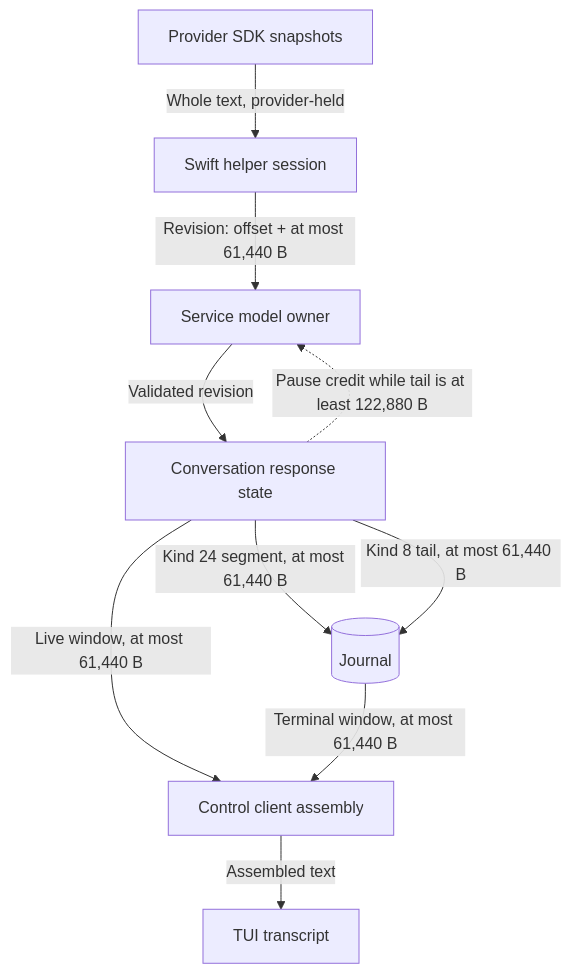
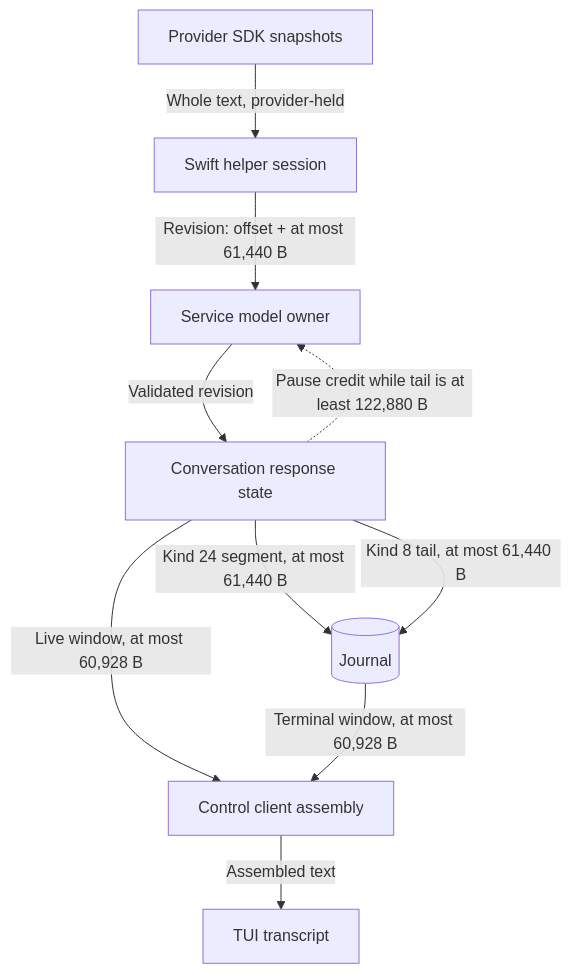
The first of 3 diagrams in docs/designs/response-text-transfer.md (pidster/asura), drawn with Mermaid before and after one commit. The commit also changed other lines of this file and 14 other files, not shown here.

````diff
--- a/docs/designs/response-text-transfer.md
+++ b/docs/designs/response-text-transfer.md
@@ -69,12 +70,12 @@
 ```mermaid
 flowchart TB
     SDK["Provider SDK snapshots"] -->|Whole text, provider-held| Helper["Swift helper session"]
     Helper -->|"Revision: offset + at most 61,440 B"| Model["Service model owner"]
     Model -->|Validated revision| Response["Conversation response state"]
     Response -->|"Kind 24 segment, at most 61,440 B"| Journal[("Journal")]
     Response -->|"Kind 8 tail, at most 61,440 B"| Journal
-    Response -->|"Live window, at most 61,440 B"| Client["Control client assembly"]
-    Journal -->|"Terminal window, at most 61,440 B"| Client
+    Response -->|"Live window, at most 60,928 B"| Client["Control client assembly"]
+    Journal -->|"Terminal window, at most 60,928 B"| Client
     Client -->|Assembled text| TUI["TUI transcript"]
     Response -.->|"Pause credit while tail is at least 122,880 B"| Model
 ```
````
